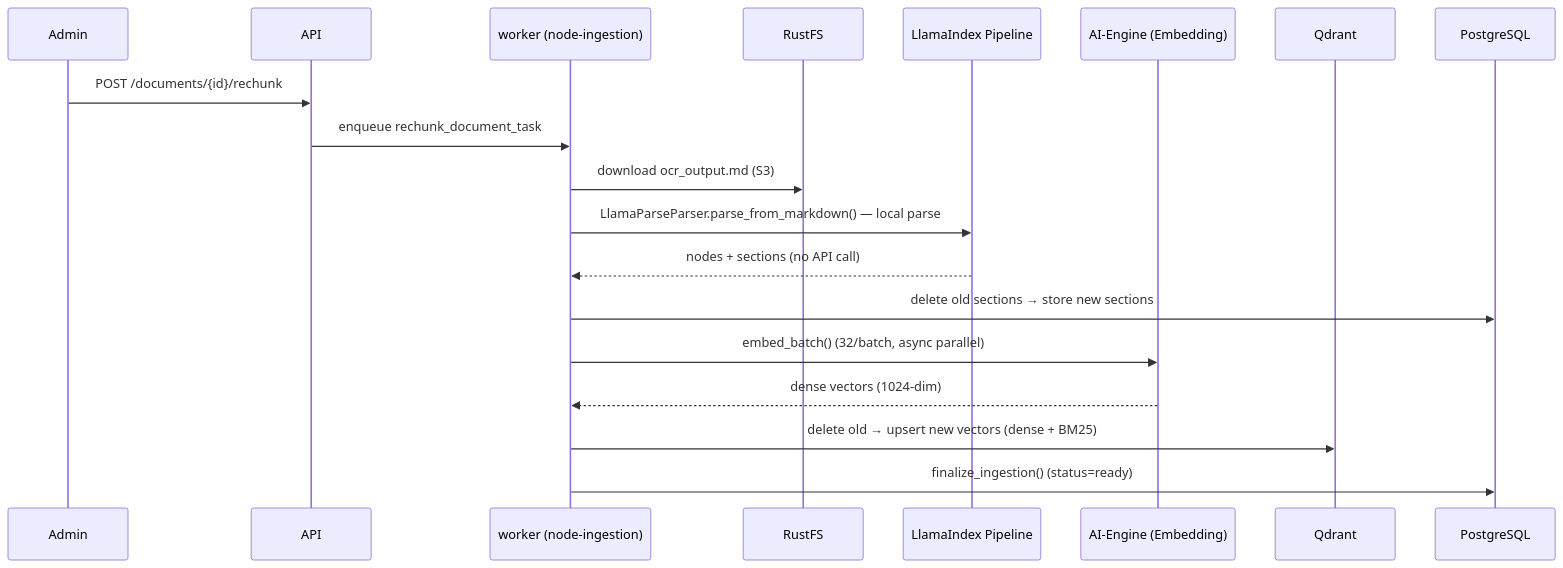
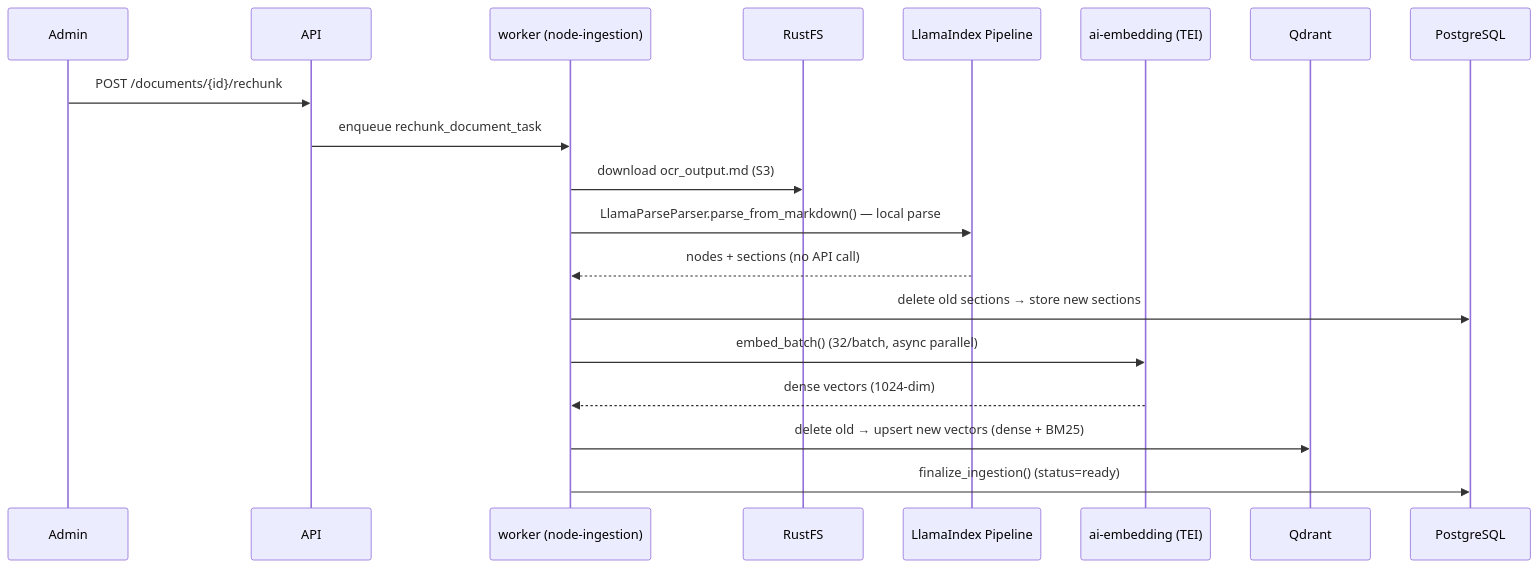
Before and after one commit to qtuanph/chatbot-rag: the second of 2 diagrams in docs/2.1_WORKFLOWS_INGESTION.md, drawn with Mermaid. The commit also changed other lines of this file and 49 other files, not shown here.

````diff
--- a/docs/2.1_WORKFLOWS_INGESTION.md
+++ b/docs/2.1_WORKFLOWS_INGESTION.md
@@ -48,23 +48,23 @@
 ```mermaid
 sequenceDiagram
     participant Admin
     participant API
     participant Worker as worker (node-ingestion)
     participant Storage as RustFS
     participant LlamaIndex as LlamaIndex Pipeline
-    participant AIEngine as AI-Engine (Embedding)
+    participant AIEmbed as ai-embedding (TEI)
     participant Qdrant
     participant DB as PostgreSQL
 
     Admin->>API: POST /documents/{id}/rechunk
     API->>Worker: enqueue rechunk_document_task
 
     Worker->>Storage: download ocr_output.md (S3)
     Worker->>LlamaIndex: LlamaParseParser.parse_from_markdown() — local parse
     LlamaIndex-->>Worker: nodes + sections (no API call)
     Worker->>DB: delete old sections → store new sections
-    Worker->>AIEngine: embed_batch() (32/batch, async parallel)
-    AIEngine-->>Worker: dense vectors (1024-dim)
+    Worker->>AIEmbed: embed_batch() (32/batch, async parallel)
+    AIEmbed-->>Worker: dense vectors (1024-dim)
     Worker->>Qdrant: delete old → upsert new vectors (dense + BM25)
     Worker->>DB: finalize_ingestion() (status=ready)
 ```
````
